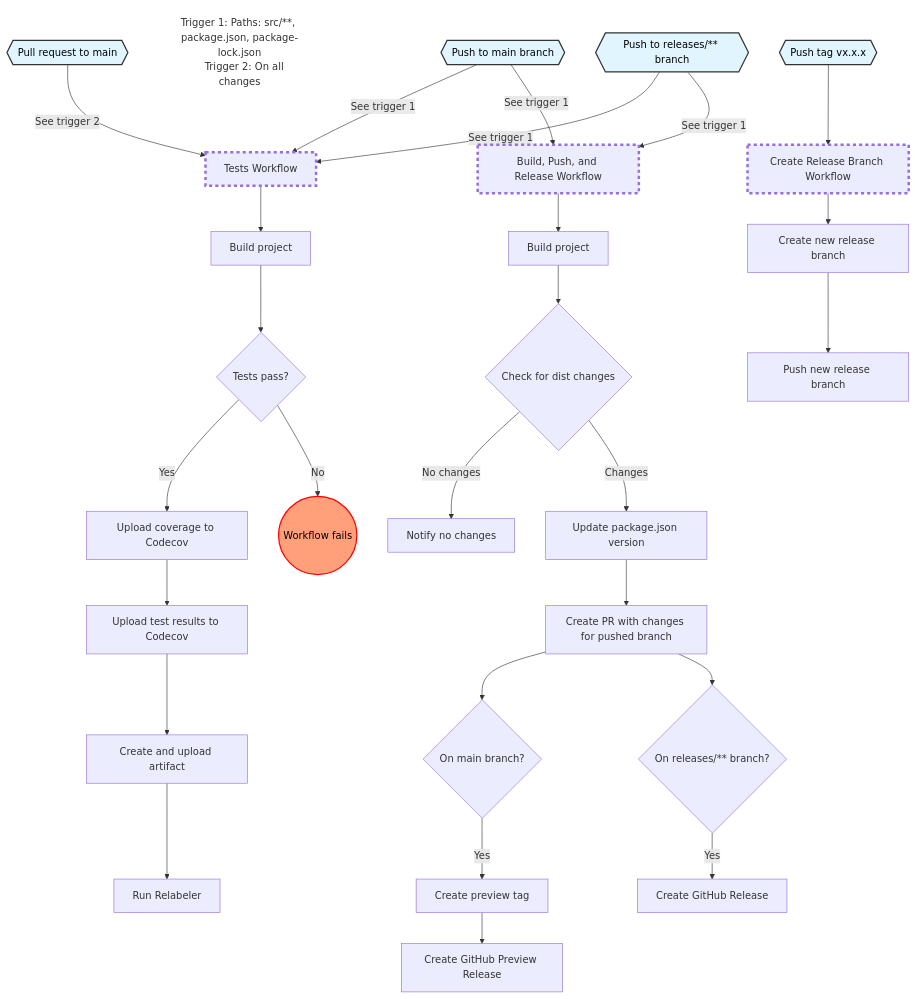
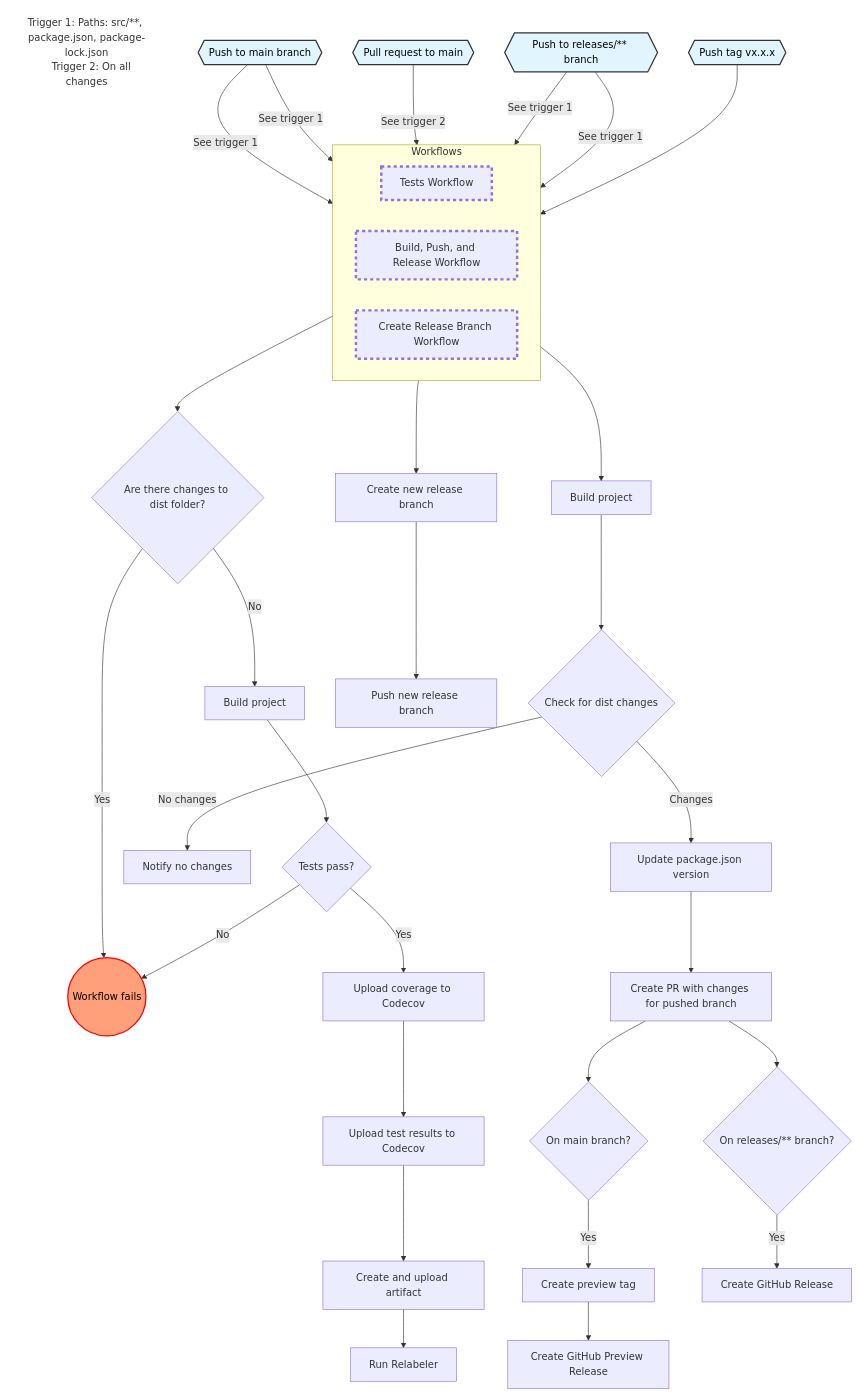
The diagram in CONTRIBUTION.md (viscalyx/relabeler), drawn with Mermaid before and after one commit. The commit also changed 1 other file, not shown here.

Commit message:
Update test workflow

````diff
--- a/CONTRIBUTION.md
+++ b/CONTRIBUTION.md
@@ -83,52 +83,61 @@
 ```mermaid
 graph TD
     A{{Push to main branch}}
     D{{Pull request to main}}
     E{{Push to releases/** branch}}
     F{{Push tag vx.x.x}}
 
     PathText["Trigger 1: Paths: src/**, package.json, package-lock.json
     Trigger 2: On all changes"]
     PathText ~~~ B
     PathText ~~~ C
 
-    A -->|See trigger 1| B[Tests Workflow]
-    A -->|See trigger 1| C[Build, Push, and Release Workflow]
+    subgraph Workflows
+        direction LR
+        B[Tests Workflow]
+        C[Build, Push, and Release Workflow]
+        G[Create Release Branch Workflow]
+    end
+
+    A -->|See trigger 1| B
+    A -->|See trigger 1| C
     D -->|See trigger 2| B
     E -->|See trigger 1| B
     E -->|See trigger 1| C
-    F --> G[Create Release Branch Workflow]
+    F --> G
 
-    B --> Y[Build project]
+    B --> AA{Are there changes to dist folder?}
+    AA -->|Yes| Z((Workflow fails))
+    AA -->|No| Y[Build project]
     Y --> H{Tests pass?}
     H -->|Yes| I[Upload coverage to Codecov]
-    H -->|No| Z((Workflow fails))
+    H -->|No| Z
     I --> J[Upload test results to Codecov]
     J --> K[Create and upload artifact]
     K --> L[Run Relabeler]
 
     C --> X[Build project]
     X --> M{Check for dist changes}
     M -->|No changes| N[Notify no changes]
     M -->|Changes| O[Update package.json version]
     O --> P[Create PR with changes for pushed branch]
     P --> Q{On main branch?}
     P --> T{On releases/** branch?}
 
     Q -->|Yes| R[Create preview tag]
     R --> S[Create GitHub Preview Release]
 
     T -->|Yes| U[Create GitHub Release]
 
     G --> V[Create new release branch]
     V --> W[Push new release branch]
 
     classDef subprocess stroke-width:4px,stroke-dasharray: 5 5;
     class B,C,G subprocess;
     classDef eventTrigger fill:#e1f5fe,stroke:#333,stroke-width:2px,color:#000;
     class A,D,E,F eventTrigger;
     classDef invisible fill:none,stroke:none;
     class PathText invisible;
     classDef failure fill:#FFA07A,stroke:#FF0000,stroke-width:2px,color:#000;
     class Z failure;
 ```
````
